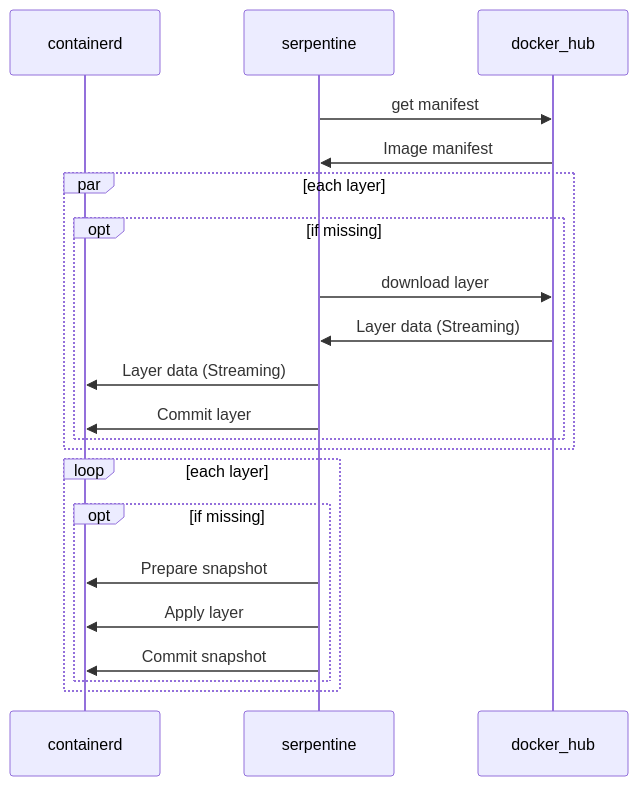
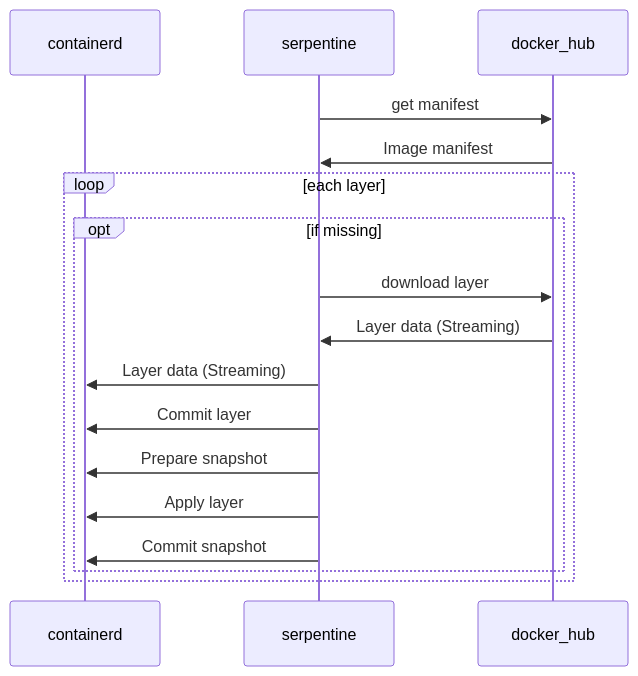
The second of 6 diagrams in book/src/containerd.md (Serpent-Tools/serpentine), drawn with Mermaid before and after one commit. The commit also changed other lines of this file and 1 other file, not shown here.

````diff
--- a/book/src/containerd.md
+++ b/book/src/containerd.md
@@ -31,27 +31,22 @@
 ```mermaid
 sequenceDiagram
     participant containerd
     participant serpentine
     participant docker_hub
 
     serpentine ->> docker_hub : get manifest
     docker_hub ->> serpentine : Image manifest
 
-    par each layer
+    loop each layer
         opt if missing
             serpentine ->> docker_hub : download layer
             docker_hub ->> serpentine : Layer data (Streaming)
             serpentine ->> containerd : Layer data (Streaming)
 
             serpentine ->> containerd : Commit layer
-        end
-    end
-
-    loop each layer
-        opt if missing 
             serpentine ->> containerd : Prepare snapshot
             serpentine ->> containerd : Apply layer
             serpentine ->> containerd : Commit snapshot
         end
     end
 ```
````
